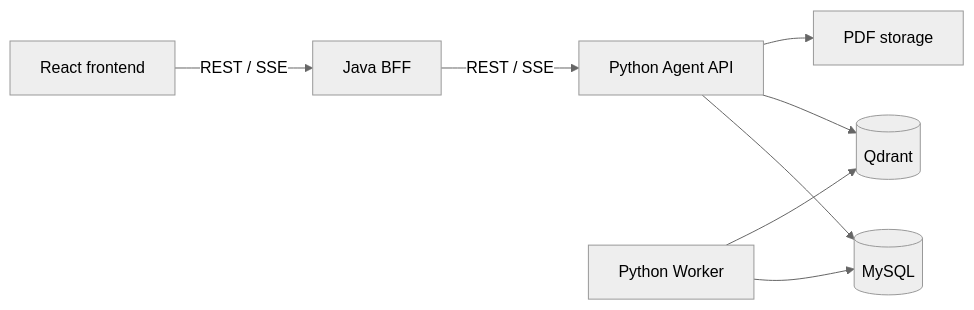
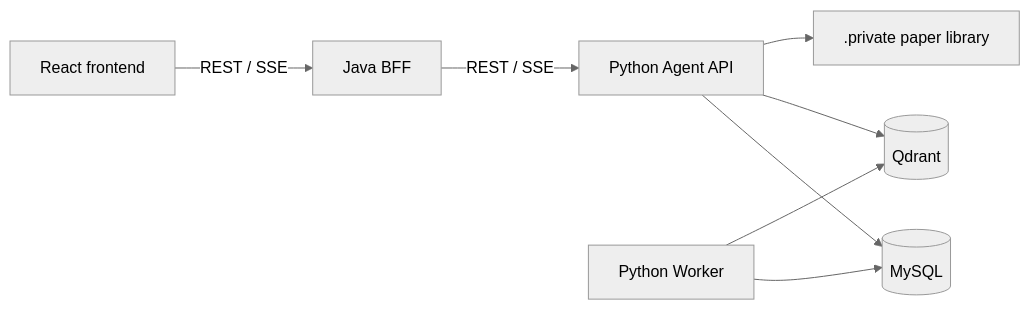
One commit to Liumy1212/ScholarAgent changed the diagram in README.md. Above: the diagram before and after it, drawn with Mermaid (neutral theme). The commit also changed other lines of this file and 16 other files, not shown here.

Commit message:
Define local paper library contracts

````diff
--- a/README.md
+++ b/README.md
@@ -35,10 +35,10 @@
 ```mermaid
 flowchart LR
     React[React frontend] -->|REST / SSE| Java[Java BFF]
     Java -->|REST / SSE| Agent[Python Agent API]
     Agent --> MySQL[(MySQL)]
     Agent --> Qdrant[(Qdrant)]
-    Agent --> Files[PDF storage]
+    Agent --> Files[.private paper library]
     Worker[Python Worker] --> MySQL
     Worker --> Qdrant
 ```
````
